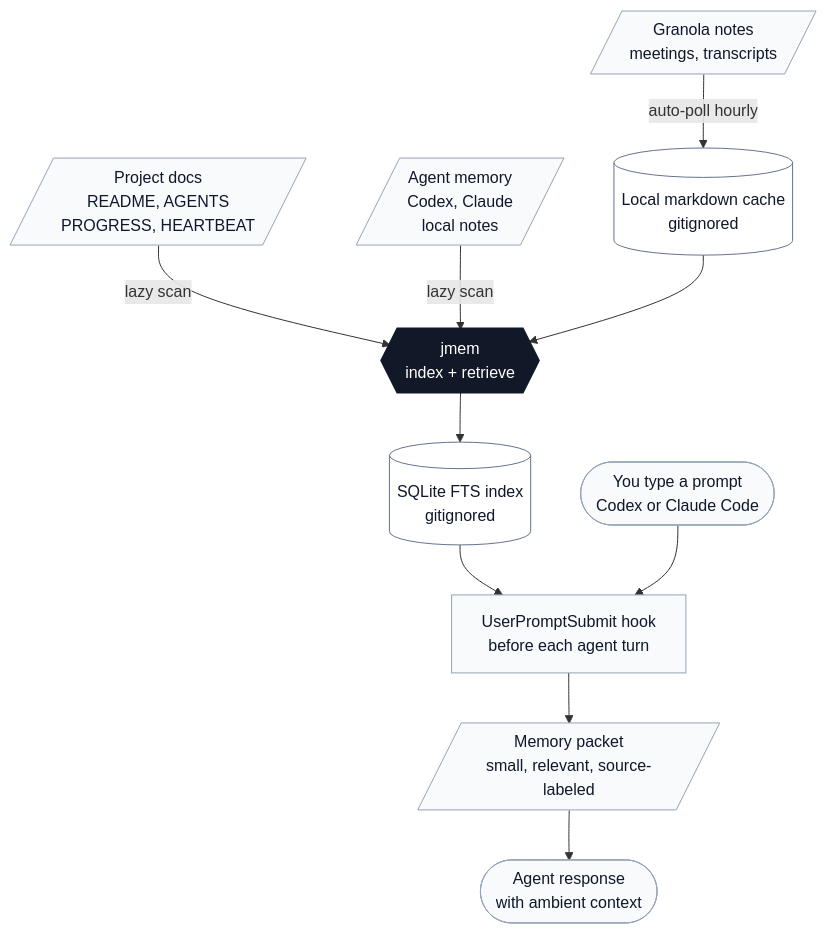
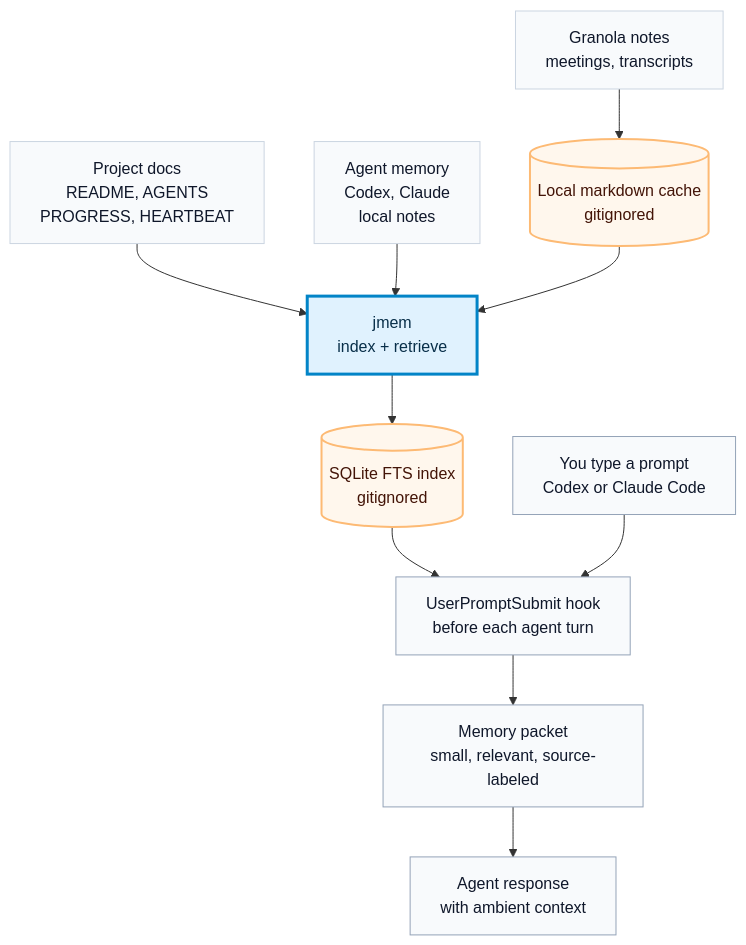
Before and after one commit to jawnty/jmem: the diagram in README.md, drawn with Mermaid. The commit also changed other lines of this file, not shown here.

Commit message:
Improve README diagram legibility

````diff
--- a/README.md
+++ b/README.md
@@ -19,34 +19,36 @@
 ```mermaid
 flowchart TB
-  docs[/"Project docs<br/>README, AGENTS<br/>PROGRESS, HEARTBEAT"/]
-  memory[/"Agent memory<br/>Codex, Claude<br/>local notes"/]
-  granola[/"Granola notes<br/>meetings, transcripts"/]
+  docs["Project docs<br/>README, AGENTS<br/>PROGRESS, HEARTBEAT"]
+  memory["Agent memory<br/>Codex, Claude<br/>local notes"]
+  granola["Granola notes<br/>meetings, transcripts"]
 
   cache[("Local markdown cache<br/>gitignored")]
-  jmem{{jmem<br/>index + retrieve}}
+  jmem["jmem<br/>index + retrieve"]
   index[("SQLite FTS index<br/>gitignored")]
 
-  user(["You type a prompt<br/>Codex or Claude Code"])
+  user["You type a prompt<br/>Codex or Claude Code"]
   hook["UserPromptSubmit hook<br/>before each agent turn"]
-  packet[/"Memory packet<br/>small, relevant, source-labeled"/]
-  agent(["Agent response<br/>with ambient context"])
+  packet["Memory packet<br/>small, relevant, source-labeled"]
+  agent["Agent response<br/>with ambient context"]
 
-  docs -- lazy scan --> jmem
-  memory -- lazy scan --> jmem
-  granola -- auto-poll hourly --> cache
+  docs --> jmem
+  memory --> jmem
+  granola --> cache
   cache --> jmem
 
   jmem --> index
   index --> hook
   user --> hook
   hook --> packet
   packet --> agent
 
-  classDef core fill:#111827,color:#ffffff,stroke:#111827,stroke-width:3px;
-  classDef neutral fill:#f8fafc,stroke:#94a3b8,color:#0f172a;
-  classDef store fill:#ffffff,stroke:#64748b,color:#0f172a;
+  classDef source fill:#f8fafc,stroke:#cbd5e1,stroke-width:1px,color:#0f172a;
+  classDef core fill:#e0f2fe,stroke:#0284c7,stroke-width:3px,color:#082f49;
+  classDef store fill:#fff7ed,stroke:#fdba74,stroke-width:2px,color:#431407;
+  classDef runtime fill:#f8fafc,stroke:#94a3b8,stroke-width:1px,color:#0f172a;
 
   class jmem core;
-  class docs,memory,granola,user,hook,packet,agent neutral;
+  class docs,memory,granola source;
   class cache,index store;
+  class user,hook,packet,agent runtime;
 ```
````
